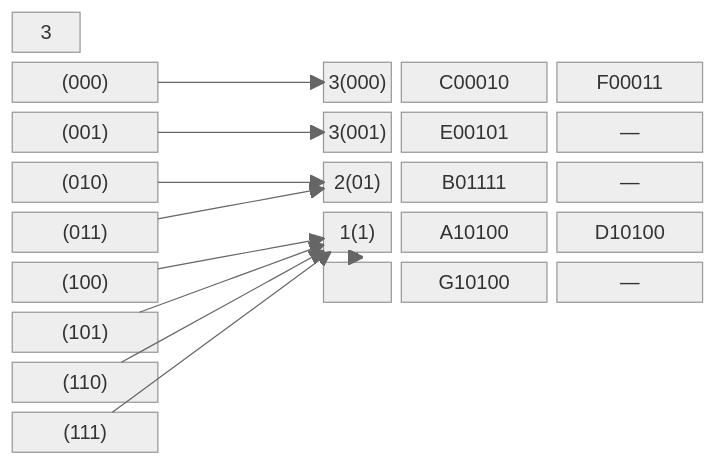
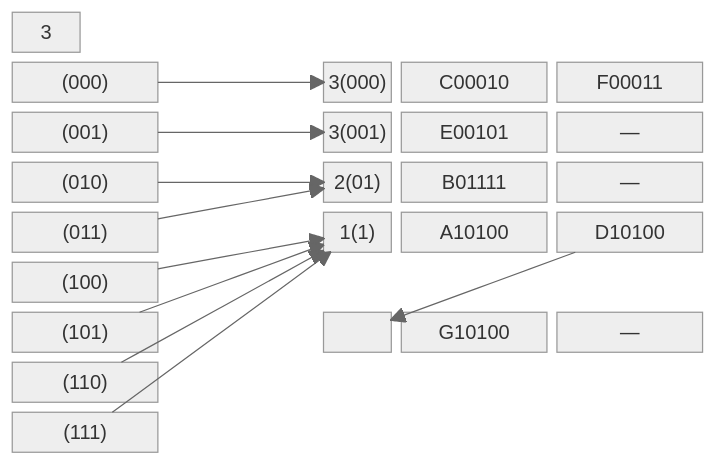
Before and after one commit to BenhurUFSM/pod26b: diagram 24 of 24 in Assuntos/busca-ext.md, drawn with Mermaid (neutral theme).

Commit message:
corrige desenho de novo

````diff
--- a/Assuntos/busca-ext.md
+++ b/Assuntos/busca-ext.md
@@ -575,22 +575,22 @@
 ```mermaid
 block
   columns 9
   nl["3"] space  space:2  space:5
   l000["(000)"]:2    space:2  n000["3(000)"] b000a["C00010"]:2 b000b["F00011"]:2
   l001["(001)"]:2    space:2  n001["3(001)"] b001a["E00101"]:2 b001b["—"]:2
   l010["(010)"]:2    space:2  n01["2(01)"] b01a["B01111"]:2 b01b["—"]:2
   l011["(011)"]:2    space:2  n1["1(1)"] b1a["A10100"]:2 b1b["D10100"]:2
-  l100["(100)"]:2    space:2  n1x[" "] b1ax["G10100"]:2 b1bx["—"]:2
-  l101["(101)"]:2    space:2  space:5
+  l100["(100)"]:2    space:2  space:5
+  l101["(101)"]:2    space:2  n1x[" "] b1ax["G10100"]:2 b1bx["—"]:2
   l110["(110)"]:2    space:2  space:5
   l111["(111)"]:2    space:2  space:5
   l000-->n000
   l001-->n001
   l010-->n01
   l011-->n01
   l100-->n1
   l101-->n1
   l110-->n1
   l111-->n1
-  n1-->n1x
+  b1b-->n1x
 ```
````
